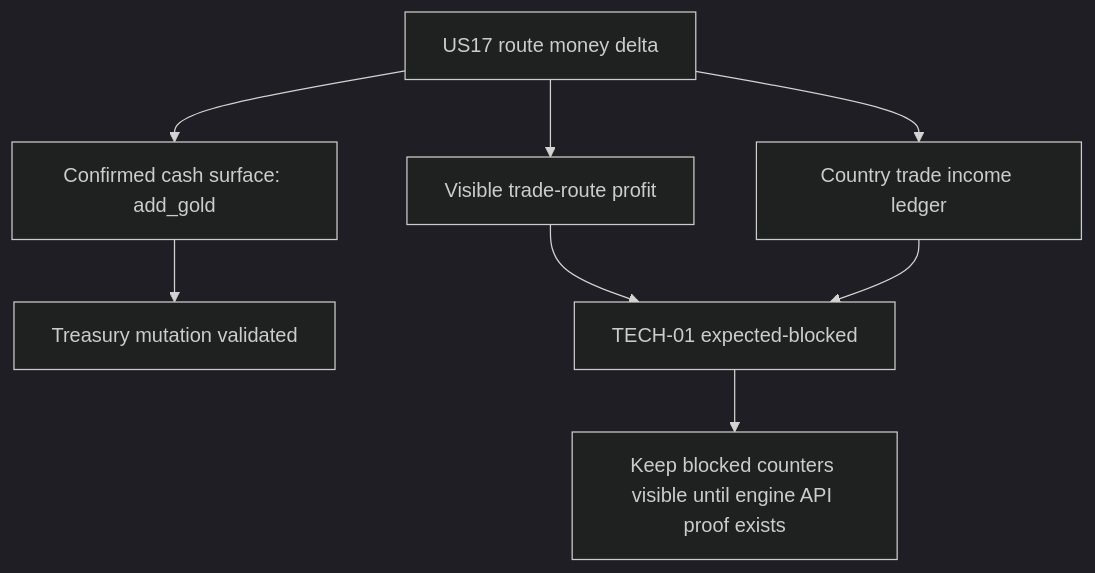
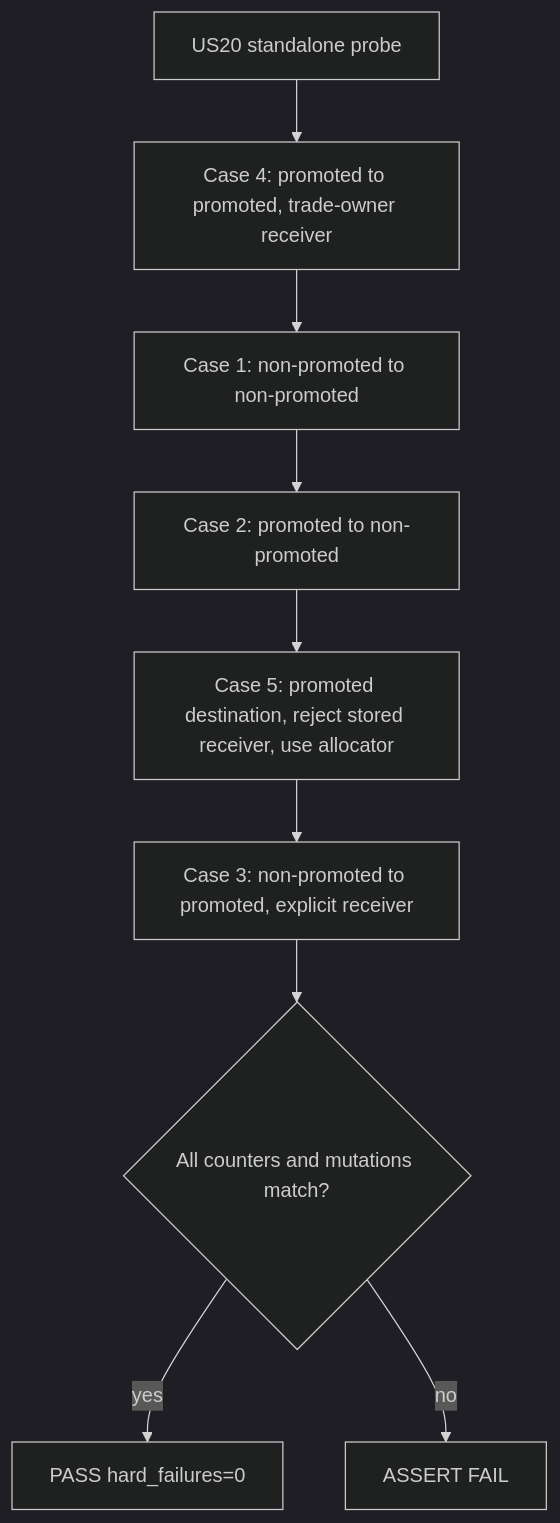
One commit to eu5mod/eu5-no-void-economy changed the fifth of 6 diagrams in docs/audits/pr107/Q5_workflow_state.md. Above: the diagram before and after it, drawn with Mermaid (dark theme). The commit also changed other lines of this file, not shown here.

Commit message:
Update PR107 Q5 flow and coverage status

````diff
--- a/docs/audits/pr107/Q5_workflow_state.md
+++ b/docs/audits/pr107/Q5_workflow_state.md
@@ -196,10 +124,11 @@
 ```mermaid
 flowchart TD
-    A[US17 route money delta] --> B[Confirmed cash surface: add_gold]
-    B --> C[Treasury mutation validated]
-    A --> D[Visible trade-route profit]
-    A --> E[Country trade income ledger]
-    D --> F[TECH-01 expected-blocked]
-    E --> F
-    F --> G[Keep blocked counters visible until engine API proof exists]
+    A[US20 standalone probe] --> B[Case 4: promoted to promoted, trade-owner receiver]
+    B --> C[Case 1: non-promoted to non-promoted]
+    C --> D[Case 2: promoted to non-promoted]
+    D --> E[Case 5: promoted destination, reject stored receiver, use allocator]
+    E --> F[Case 3: non-promoted to promoted, explicit receiver]
+    F --> G{All counters and mutations match?}
+    G -- yes --> H[PASS hard_failures=0]
+    G -- no --> I[ASSERT FAIL]
 ```
````
